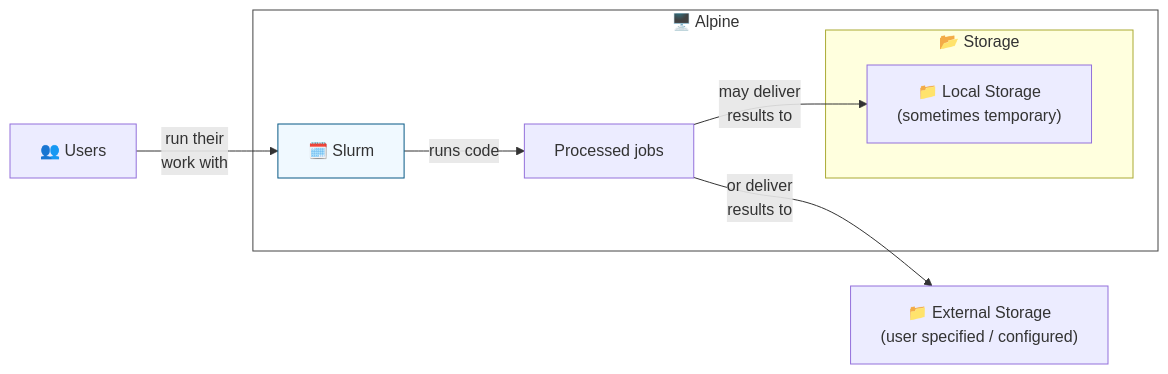
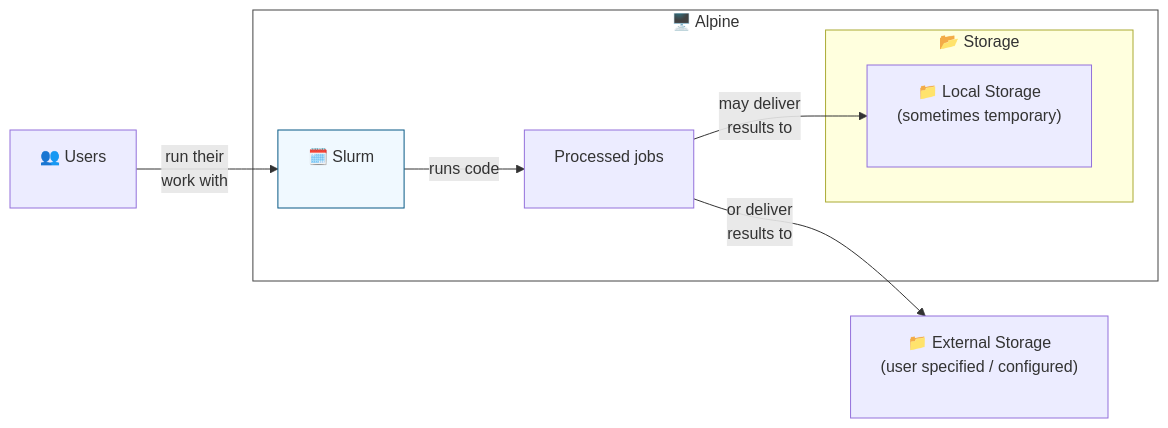
Before and after one commit to CU-DBMI/set-website: the fifth of 8 diagrams in _posts/2023-07-07-Using-Python-and-Anaconda-with-the-Alpine-HPC-Cluster.md, drawn with Mermaid. The commit also changed other lines of this file, not shown here.

Commit message:
use breaks to render mermaid properly

````diff
--- a/_posts/2023-07-07-Using-Python-and-Anaconda-with-the-Alpine-HPC-Cluster.md
+++ b/_posts/2023-07-07-Using-Python-and-Anaconda-with-the-Alpine-HPC-Cluster.md
@@ -194,20 +194,20 @@
 ```mermaid!
 flowchart LR
-    users["👥 Users"]
-    subgraph alpine["🖥️ Alpine"]
-        slurm["🗓️ Slurm"]
-        processjobs["Processed jobs"]
-        subgraph storage["📂 Storage"]
-            localstorage["📁 Local Storage\n(sometimes temporary)"]
+    users["👥 Users<br/><br/>"]
+    subgraph alpine["🖥️ Alpine<br/><br/>"]
+        slurm["🗓️ Slurm<br/><br/>"]
+        processjobs["Processed jobs<br/><br/>"]
+        subgraph storage["📂 Storage<br/><br/>"]
+            localstorage["📁 Local Storage\n(sometimes temporary)<br/><br/>"]
         end
     end
-    remotestorage["📁 External Storage\n(user specified / configured)"]
+    remotestorage["📁 External Storage\n(user specified / configured)<br/><br/>"]
 
     users --> |run their\nwork with| slurm
     slurm --> |runs code| processjobs
     processjobs --> |may deliver\nresults to| localstorage
     processjobs --> |or deliver\nresults to| remotestorage
 
 style alpine fill:#ffffff,stroke:#444444;
 style slurm fill:#F0F9FF,stroke:#075985;
 ```
````
